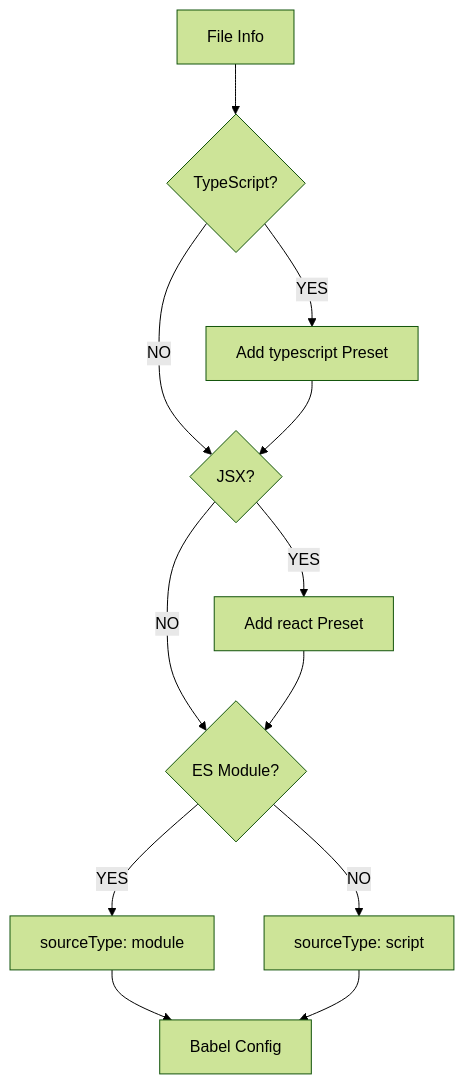
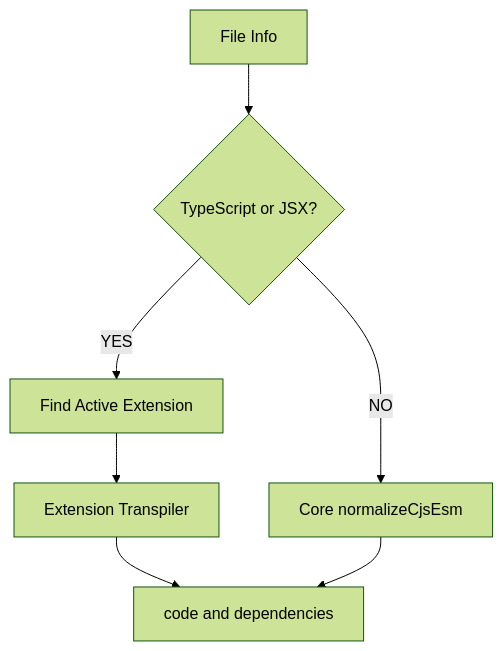
One commit to Stasshe/Pyxis-CodeCanvas changed diagram 14 of 16 in docs/NODE-RUNTIME.md. Above: the diagram before and after it, drawn with Mermaid (forest theme). The commit also changed other lines of this file, not shown here.

````diff
--- a/docs/NODE-RUNTIME.md
+++ b/docs/NODE-RUNTIME.md
@@ -546,29 +783,16 @@
 ```mermaid
 graph TB
     Input[File Info]
-    CheckTS{TypeScript?}
-    CheckJSX{JSX?}
-    CheckESM{ES Module?}
+    CheckTSorJSX{TypeScript or JSX?}
+    FindExtension[Find Active Extension]
+    ExtensionTranspile[Extension Transpiler]
+    CoreTranspile[Core normalizeCjsEsm]
+    Result[code and dependencies]
     
-    TSPreset[Add typescript Preset]
-    ReactPreset[Add react Preset]
-    ModuleSource[sourceType: module]
-    ScriptSource[sourceType: script]
-    
-    Config[Babel Config]
-    
-    Input --> CheckTS
-    CheckTS -->|YES| TSPreset
-    CheckTS -->|NO| CheckJSX
-    
-    TSPreset --> CheckJSX
-    CheckJSX -->|YES| ReactPreset
-    CheckJSX -->|NO| CheckESM
-    
-    ReactPreset --> CheckESM
-    CheckESM -->|YES| ModuleSource
-    CheckESM -->|NO| ScriptSource
-    
-    ModuleSource --> Config
-    ScriptSource --> Config
+    Input --> CheckTSorJSX
+    CheckTSorJSX -->|YES| FindExtension
+    CheckTSorJSX -->|NO| CoreTranspile
+    FindExtension --> ExtensionTranspile
+    ExtensionTranspile --> Result
+    CoreTranspile --> Result
 ```
````
